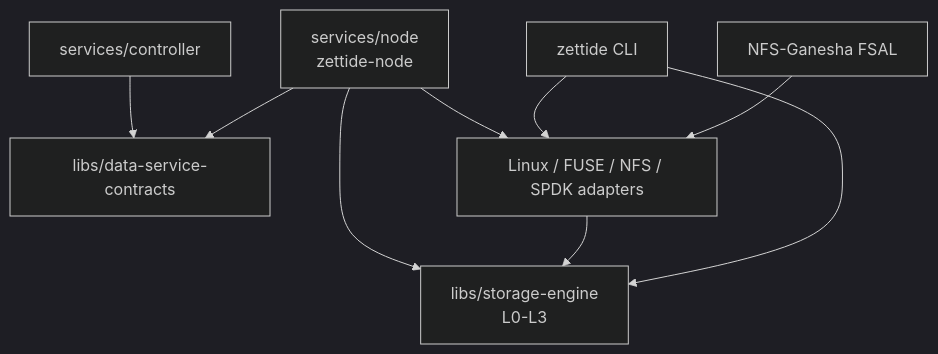
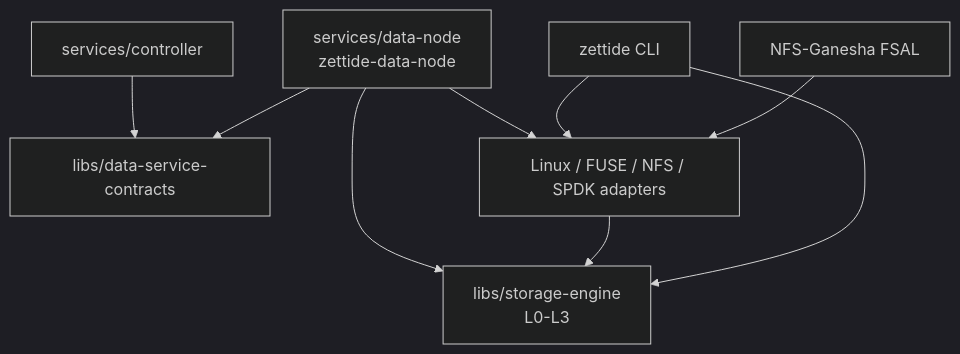
One commit to fanyang89/zettide changed the second of 2 diagrams in docs/architecture/zh-CN/component-dependencies.md. Above: the diagram before and after it, drawn with Mermaid (dark theme). The commit also changed other lines of this file and 115 other files, not shown here.

First line of the commit message:
refactor: rename node service to data node

````diff
--- a/docs/architecture/zh-CN/component-dependencies.md
+++ b/docs/architecture/zh-CN/component-dependencies.md
@@ -222,19 +222,19 @@
 ```mermaid
 flowchart TD
     CONTRACTS[libs/data-service-contracts]
     ENGINE[libs/storage-engine<br/>L0-L3]
-    NODE[services/node<br/>zettide-node]
+    NODE[services/data-node<br/>zettide-data-node]
     CLI[zettide CLI]
     CONTROLLER[services/controller]
     PLATFORM[Linux / FUSE / NFS / SPDK adapters]
     FSAL[NFS-Ganesha FSAL]
 
     CONTROLLER --> CONTRACTS
     NODE --> CONTRACTS
     NODE --> ENGINE
     NODE --> PLATFORM
     PLATFORM --> ENGINE
     CLI --> ENGINE
     CLI --> PLATFORM
     FSAL --> PLATFORM
 ```
````
